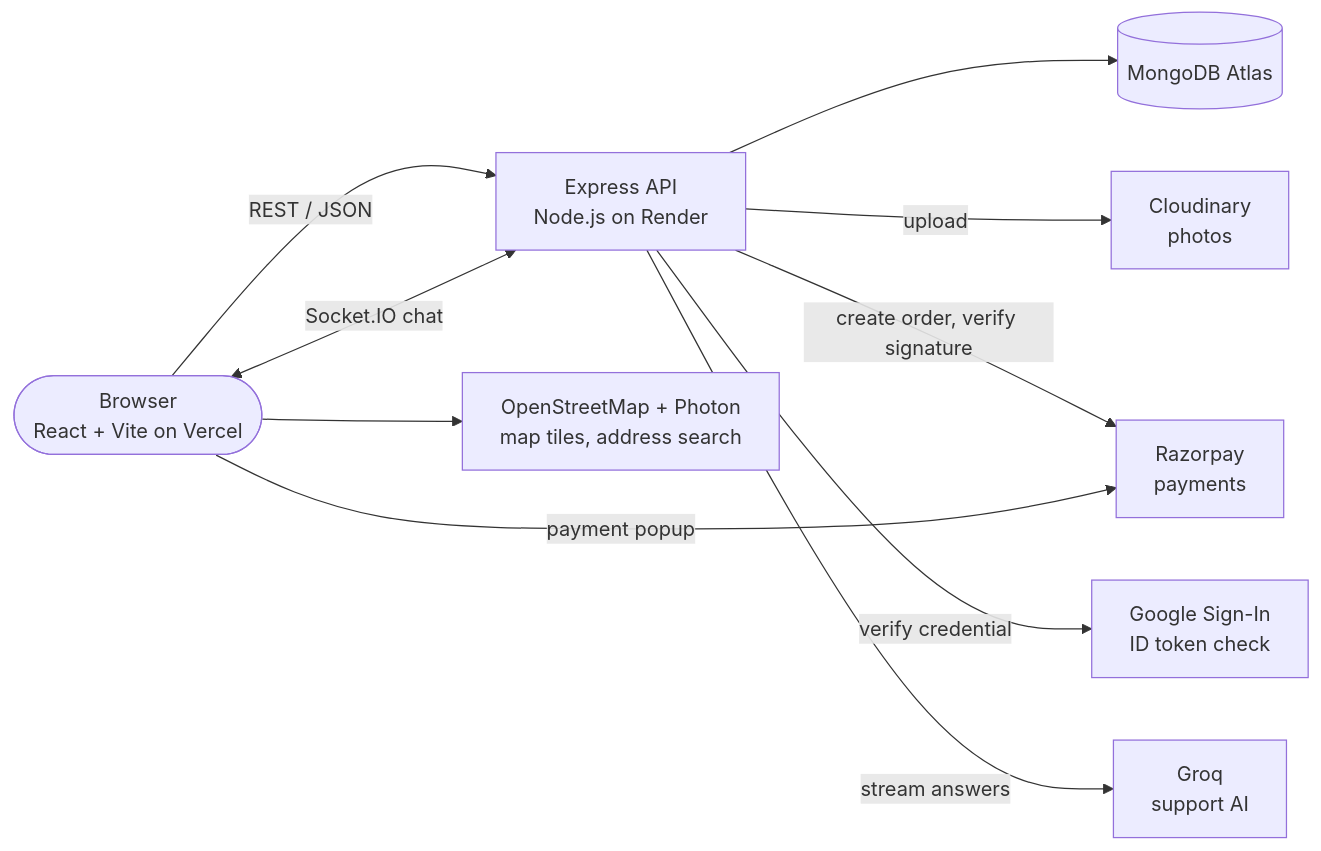
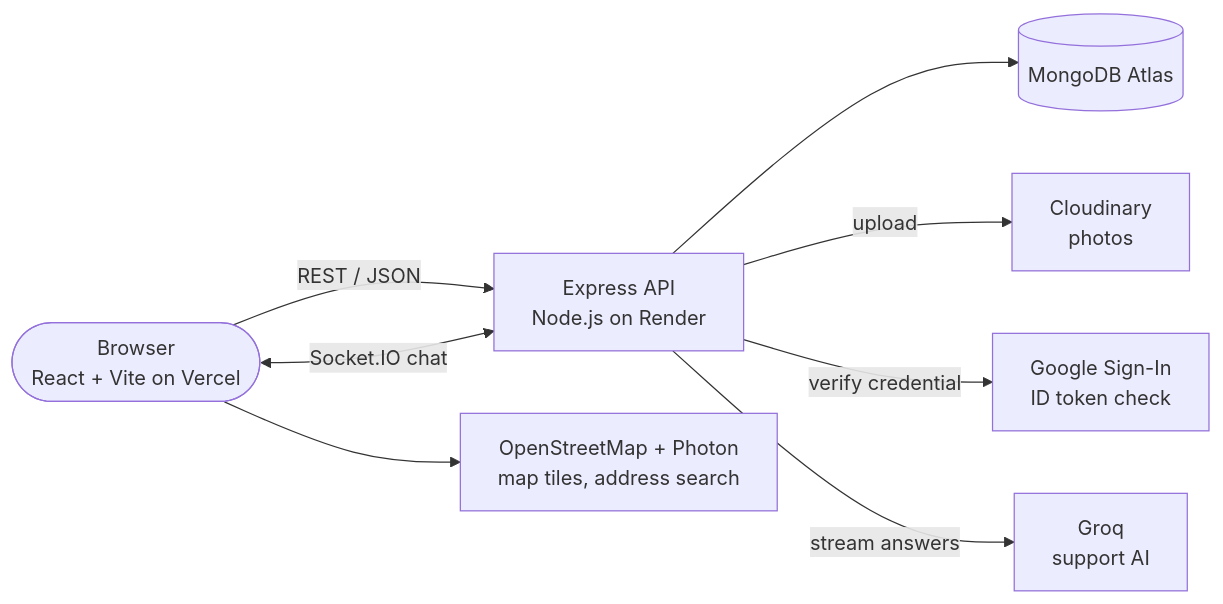
One commit to saurabh-0905/Spacio changed the second of 3 diagrams in README.md. Above: the diagram before and after it, drawn with Mermaid. The commit also changed other lines of this file and 33 other files, not shown here.

````diff
--- a/README.md
+++ b/README.md
@@ -206,21 +209,18 @@
 ```mermaid
 flowchart LR
     U(["Browser<br/>React + Vite on Vercel"])
     A["Express API<br/>Node.js on Render"]
     D[("MongoDB Atlas")]
     C["Cloudinary<br/>photos"]
-    R["Razorpay<br/>payments"]
     G["Google Sign-In<br/>ID token check"]
     Q["Groq<br/>support AI"]
     M["OpenStreetMap + Photon<br/>map tiles, address search"]
 
     U -->|REST / JSON| A
     U <-->|Socket.IO chat| A
     A --> D
     A -->|upload| C
-    A -->|create order, verify signature| R
     A -->|verify credential| G
     A -->|stream answers| Q
-    U -->|payment popup| R
     U --> M
 ```
````
